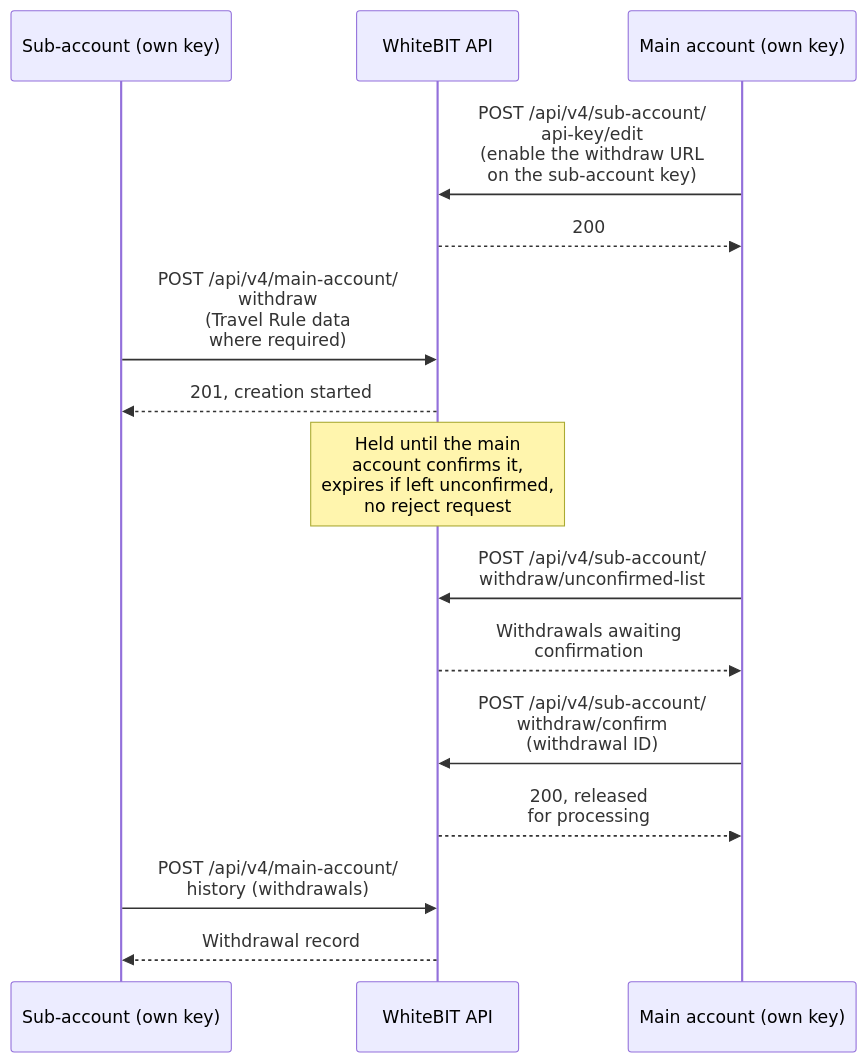
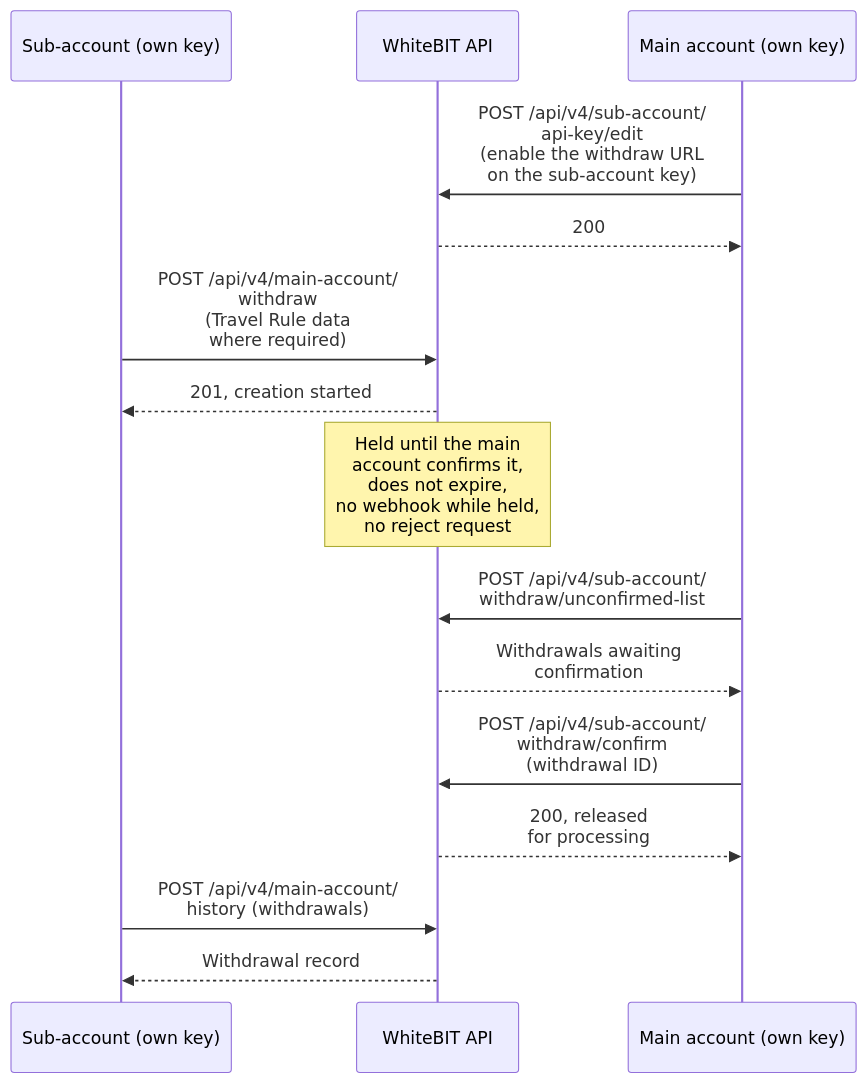
One commit to whitebit-exchange/docs changed the diagram in snippets/diagrams/sub-account-withdrawal.mdx. Above: the diagram before and after it, drawn with Mermaid. The commit also changed 8 other files, not shown here.

````diff
--- a/snippets/diagrams/sub-account-withdrawal.mdx
+++ b/snippets/diagrams/sub-account-withdrawal.mdx
@@ -1,17 +1,17 @@
 ```mermaid
 sequenceDiagram
     participant Sub as Sub-account (own key)
     participant WB as WhiteBIT API
     participant Main as Main account (own key)
     Main->>WB: POST /api/v4/sub-account/<br/>api-key/edit<br/>(enable the withdraw URL<br/>on the sub-account key)
     WB-->>Main: 200
     Sub->>WB: POST /api/v4/main-account/<br/>withdraw<br/>(Travel Rule data<br/>where required)
     WB-->>Sub: 201, creation started
-    Note over WB: Held until the main<br/>account confirms it,<br/>expires if left unconfirmed,<br/>no reject request
+    Note over WB: Held until the main<br/>account confirms it,<br/>does not expire,<br/>no webhook while held,<br/>no reject request
     Main->>WB: POST /api/v4/sub-account/<br/>withdraw/unconfirmed-list
     WB-->>Main: Withdrawals awaiting<br/>confirmation
     Main->>WB: POST /api/v4/sub-account/<br/>withdraw/confirm<br/>(withdrawal ID)
     WB-->>Main: 200, released<br/>for processing
     Sub->>WB: POST /api/v4/main-account/<br/>history (withdrawals)
     WB-->>Sub: Withdrawal record
 ```
````
